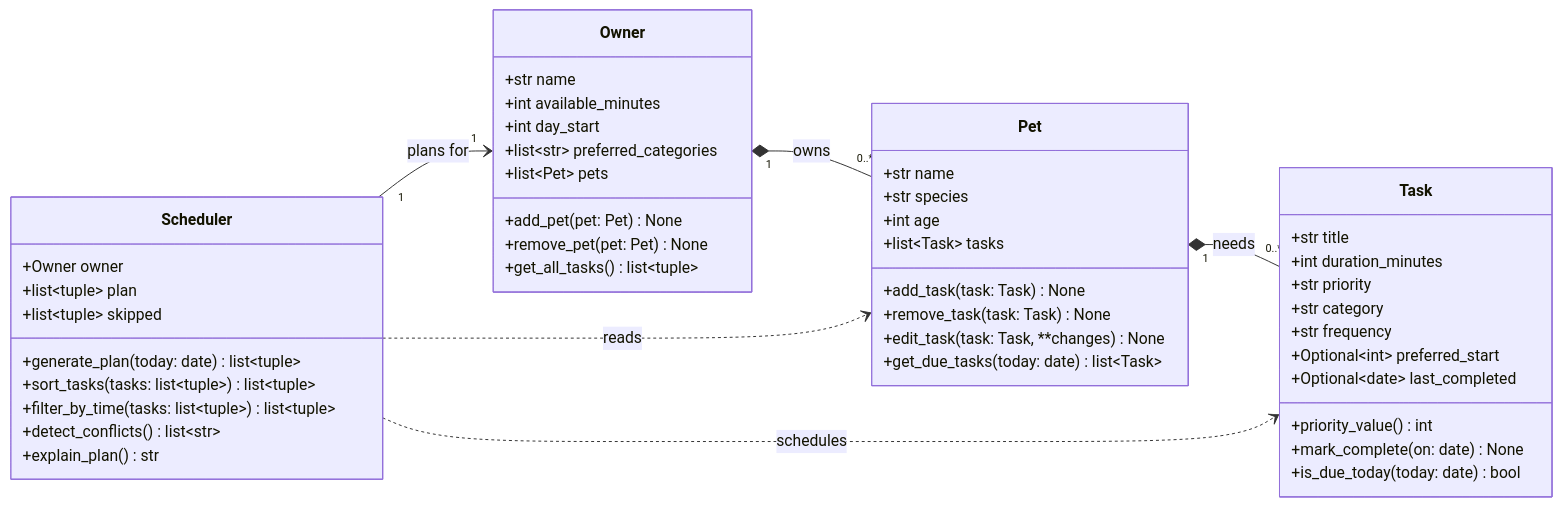
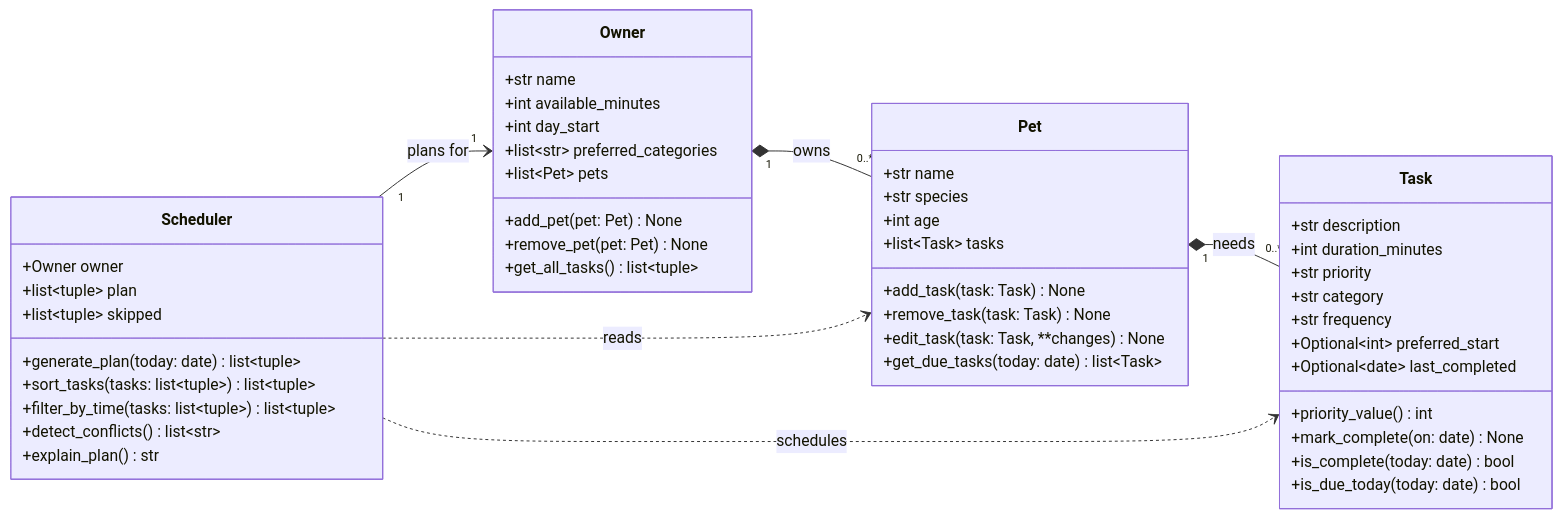
Before and after one commit to sgnesh123/paw_pal: the diagram in diagrams/uml_draft.mmd, drawn with Mermaid. The commit also changed 6 other files, not shown here.

```diff
--- a/diagrams/uml_draft.mmd
+++ b/diagrams/uml_draft.mmd
@@ -1,54 +1,55 @@
 classDiagram
     direction LR
 
     class Owner {
         +str name
         +int available_minutes
         +int day_start
         +list~str~ preferred_categories
         +list~Pet~ pets
         +add_pet(pet: Pet) None
         +remove_pet(pet: Pet) None
         +get_all_tasks() list~tuple~
     }
 
     class Pet {
         +str name
         +str species
         +int age
         +list~Task~ tasks
         +add_task(task: Task) None
         +remove_task(task: Task) None
         +edit_task(task: Task, **changes) None
         +get_due_tasks(today: date) list~Task~
     }
 
     class Task {
-        +str title
+        +str description
         +int duration_minutes
         +str priority
         +str category
         +str frequency
         +Optional~int~ preferred_start
         +Optional~date~ last_completed
         +priority_value() int
         +mark_complete(on: date) None
+        +is_complete(today: date) bool
         +is_due_today(today: date) bool
     }
 
     class Scheduler {
         +Owner owner
         +list~tuple~ plan
         +list~tuple~ skipped
         +generate_plan(today: date) list~tuple~
         +sort_tasks(tasks: list~tuple~) list~tuple~
         +filter_by_time(tasks: list~tuple~) list~tuple~
         +detect_conflicts() list~str~
         +explain_plan() str
     }
 
     Owner "1" *-- "0..*" Pet : owns
     Pet "1" *-- "0..*" Task : needs
     Scheduler "1" --> "1" Owner : plans for
     Scheduler ..> Pet : reads
     Scheduler ..> Task : schedules
```
